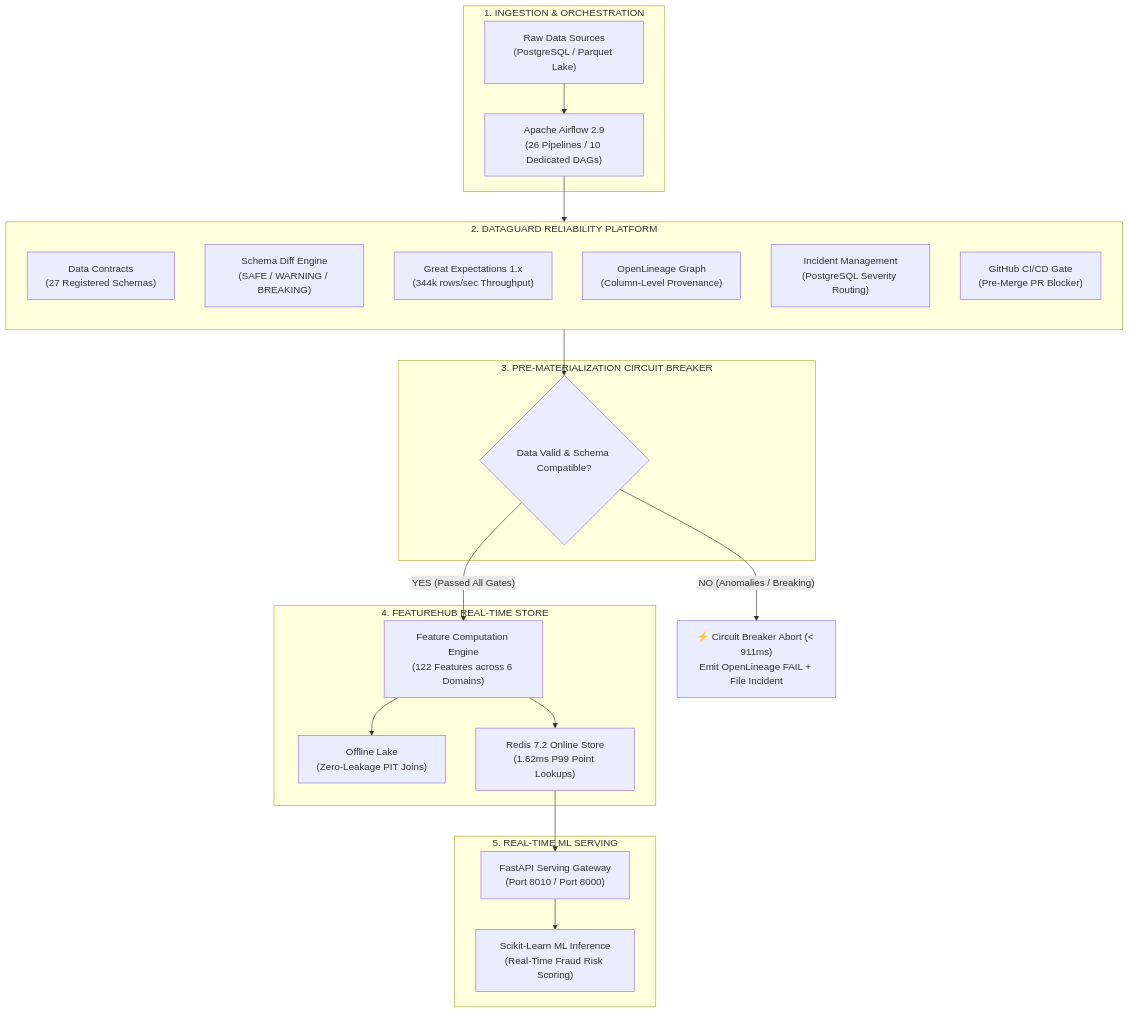
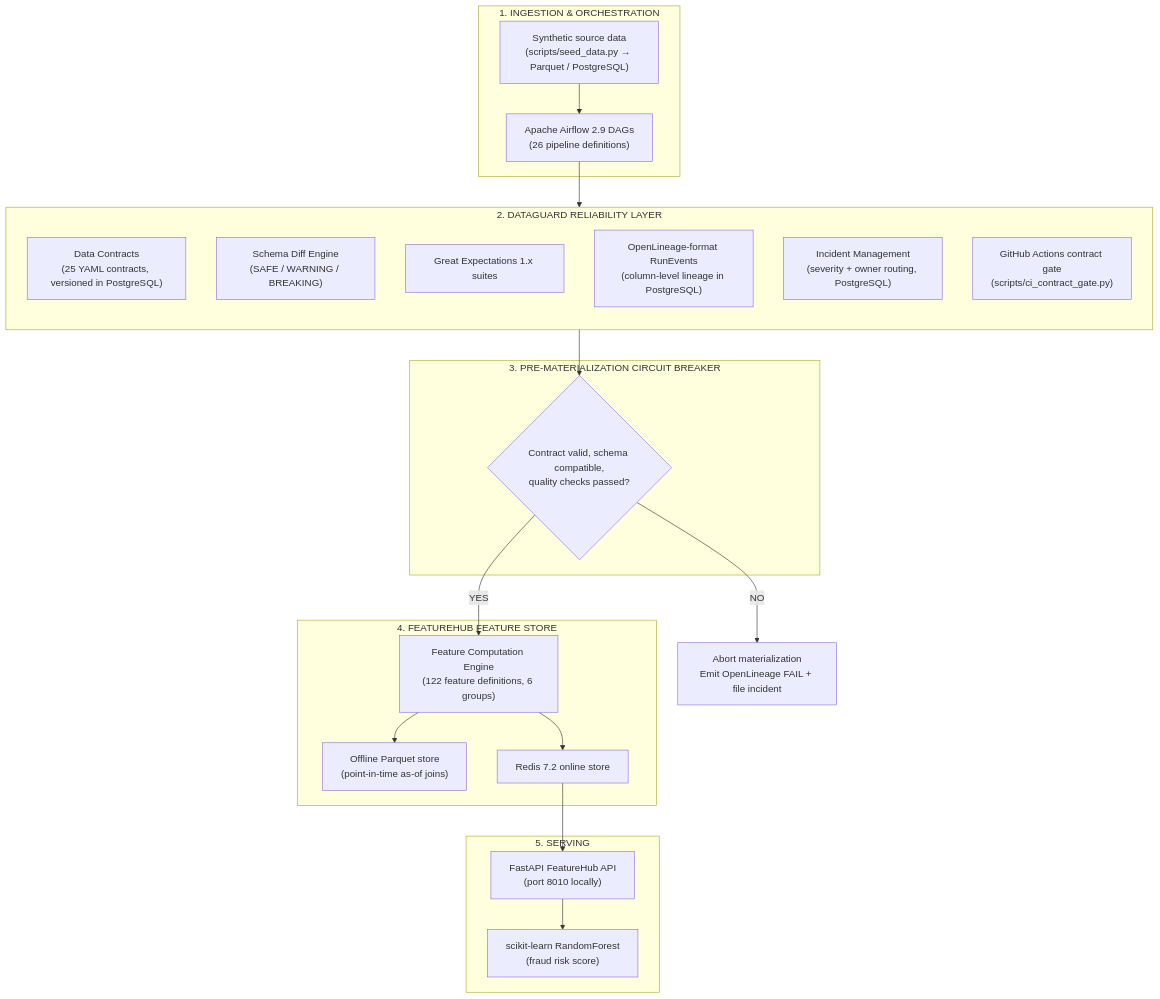
One commit to Charanloyal/featurehub-dataguard changed the diagram in README.md. Above: the diagram before and after it, drawn with Mermaid. The commit also changed other lines of this file and 6 other files, not shown here.

First line of the commit message:
docs: audit README claims, mark synthetic data, fix quickstart; read Airflow Fernet key from env

````diff
--- a/README.md
+++ b/README.md
@@ -37,42 +31,42 @@
 ```mermaid
 flowchart TD
     subgraph S1["1. INGESTION & ORCHESTRATION"]
-        SRC["Raw Data Sources<br/>(PostgreSQL / Parquet Lake)"]
-        AF["Apache Airflow 2.9<br/>(26 Pipelines / 10 Dedicated DAGs)"]
+        SRC["Synthetic source data<br/>(scripts/seed_data.py → Parquet / PostgreSQL)"]
+        AF["Apache Airflow 2.9 DAGs<br/>(26 pipeline definitions)"]
         SRC --> AF
     end
 
-    subgraph S2["2. DATAGUARD RELIABILITY PLATFORM"]
+    subgraph S2["2. DATAGUARD RELIABILITY LAYER"]
         direction TB
-        DC["Data Contracts<br/>(27 Registered Schemas)"]
+        DC["Data Contracts<br/>(25 YAML contracts, versioned in PostgreSQL)"]
         SD["Schema Diff Engine<br/>(SAFE / WARNING / BREAKING)"]
-        GE["Great Expectations 1.x<br/>(344k rows/sec Throughput)"]
-        OL["OpenLineage Graph<br/>(Column-Level Provenance)"]
-        INC["Incident Management<br/>(PostgreSQL Severity Routing)"]
-        CI["GitHub CI/CD Gate<br/>(Pre-Merge PR Blocker)"]
+        GE["Great Expectations 1.x suites"]
+        OL["OpenLineage-format RunEvents<br/>(column-level lineage in PostgreSQL)"]
+        INC["Incident Management<br/>(severity + owner routing, PostgreSQL)"]
+        CI["GitHub Actions contract gate<br/>(scripts/ci_contract_gate.py)"]
     end
     AF --> S2
 
     subgraph S3["3. PRE-MATERIALIZATION CIRCUIT BREAKER"]
-        CB{"Data Valid & Schema Compatible?"}
+        CB{"Contract valid, schema compatible,<br/>quality checks passed?"}
     end
     S2 --> CB
 
-    CB -- "NO (Anomalies / Breaking)" --> ABORT["⚡ Circuit Breaker Abort (< 911ms)<br/>Emit OpenLineage FAIL + File Incident"]
-    
-    subgraph S4["4. FEATUREHUB REAL-TIME STORE"]
-        FC["Feature Computation Engine<br/>(122 Features across 6 Domains)"]
-        OFFLINE["Offline Lake<br/>(Zero-Leakage PIT Joins)"]
-        ONLINE["Redis 7.2 Online Store<br/>(1.62ms P99 Point Lookups)"]
+    CB -- "NO" --> ABORT["Abort materialization<br/>Emit OpenLineage FAIL + file incident"]
+
+    subgraph S4["4. FEATUREHUB FEATURE STORE"]
+        FC["Feature Computation Engine<br/>(122 feature definitions, 6 groups)"]
+        OFFLINE["Offline Parquet store<br/>(point-in-time as-of joins)"]
+        ONLINE["Redis 7.2 online store"]
         FC --> OFFLINE
         FC --> ONLINE
     end
-    CB -- "YES (Passed All Gates)" --> FC
+    CB -- "YES" --> FC
 
-    subgraph S5["5. REAL-TIME ML SERVING"]
-        FASTAPI["FastAPI Serving Gateway<br/>(Port 8010 / Port 8000)"]
-        MODEL["Scikit-Learn ML Inference<br/>(Real-Time Fraud Risk Scoring)"]
+    subgraph S5["5. SERVING"]
+        FASTAPI["FastAPI FeatureHub API<br/>(port 8010 locally)"]
+        MODEL["scikit-learn RandomForest<br/>(fraud risk score)"]
         ONLINE --> FASTAPI
         FASTAPI --> MODEL
     end
 ```
````
